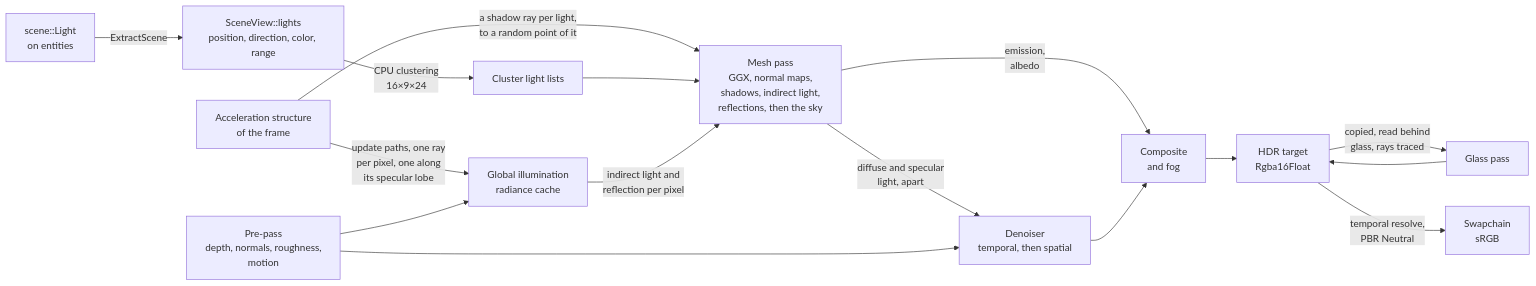
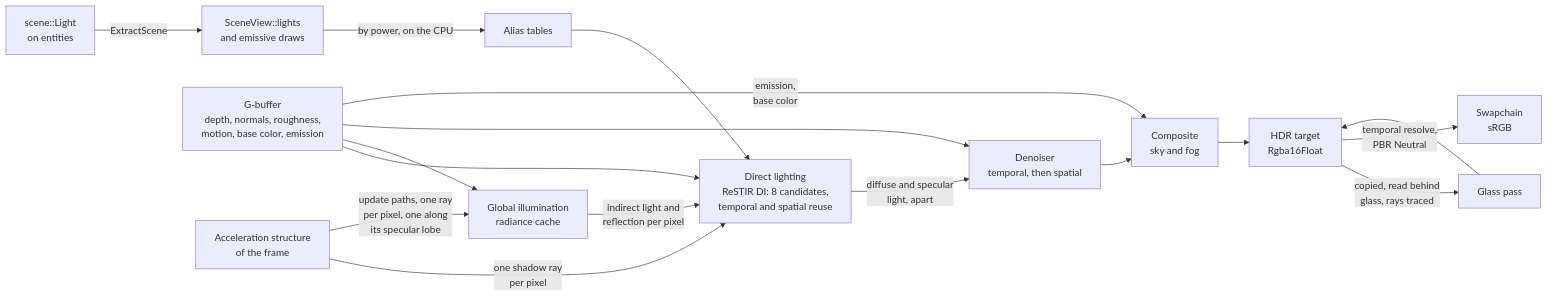
Before and after one commit to SBXdev3D/daidalos-engine-next: the eighth of 12 diagrams in docs/ARCHITECTURE.md, drawn with Mermaid. The commit also changed other lines of this file and 88 other files, not shown here.

First line of the commit message:
Phase 9.12: ReSTIR DI and deferred lighting (#35)

````diff
--- a/docs/ARCHITECTURE.md
+++ b/docs/ARCHITECTURE.md
@@ -181,18 +184,19 @@
 ```mermaid
 flowchart LR
-    E["scene::Light<br/>on entities"] -->|"ExtractScene"| L["SceneView::lights<br/>position, direction, color, range"]
-    AS["Acceleration structure<br/>of the frame"] -->|"a shadow ray per light,<br/>to a random point of it"| M
-    L -->|"CPU clustering<br/>16×9×24"| CL["Cluster light lists"]
-    CL --> M["Mesh pass<br/>GGX, normal maps,<br/>shadows, indirect light,<br/>reflections, then the sky"]
+    E["scene::Light<br/>on entities"] -->|"ExtractScene"| L["SceneView::lights<br/>and emissive draws"]
+    L -->|"by power, on the CPU"| AT["Alias tables"]
+    P["G-buffer<br/>depth, normals, roughness,<br/>motion, base color, emission"] --> M
+    AT --> M["Direct lighting<br/>ReSTIR DI: 8 candidates,<br/>temporal and spatial reuse"]
+    AS["Acceleration structure<br/>of the frame"] -->|"one shadow ray<br/>per pixel"| M
     AS -->|"update paths, one ray<br/>per pixel, one along<br/>its specular lobe"| GI["Global illumination<br/>radiance cache"]
-    P["Pre-pass<br/>depth, normals, roughness,<br/>motion"] --> GI
+    P --> GI
     GI -->|"indirect light and<br/>reflection per pixel"| M
     M -->|"diffuse and specular<br/>light, apart"| DN["Denoiser<br/>temporal, then spatial"]
     P --> DN
-    M -->|"emission,<br/>albedo"| CO["Composite<br/>and fog"]
+    P -->|"emission,<br/>base color"| CO["Composite<br/>sky and fog"]
     DN --> CO
     CO --> H["HDR target<br/>Rgba16Float"]
     H -->|"copied, read behind<br/>glass, rays traced"| GL["Glass pass"]
     GL --> H
     H -->|"temporal resolve,<br/>PBR Neutral"| S["Swapchain<br/>sRGB"]
 ```
````
